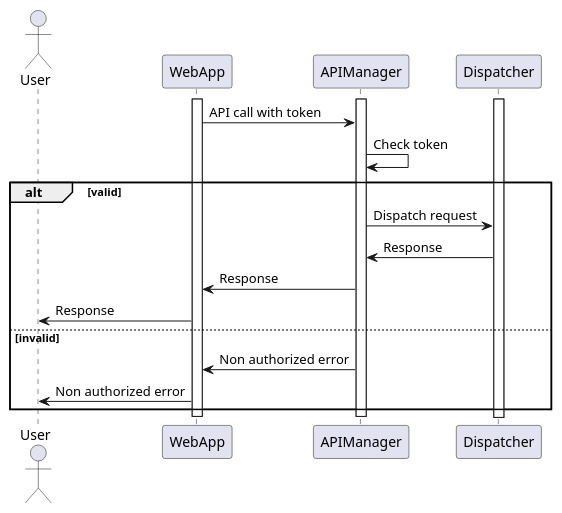
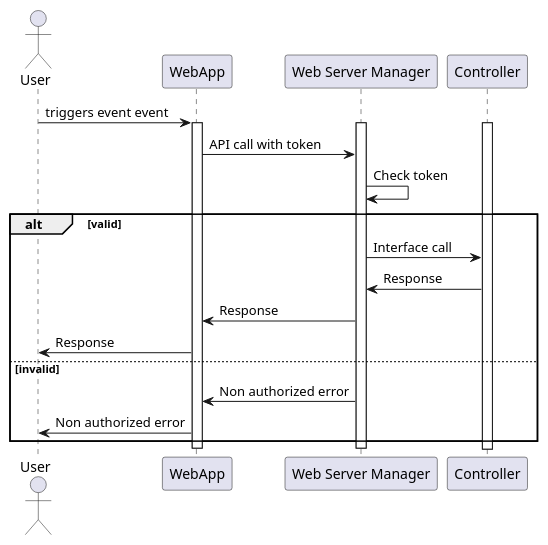
One commit to Angelo7672/SE2_Requirement-and-Design-Document changed the diagram in _DD/Images/sequenceDiagrams/apiCallAuthorizationCheckSequenceDiagram.wsd. Above: the diagram before and after it, drawn with PlantUML. The commit also changed 2 other files, not shown here.

```diff
--- a/_DD/Images/sequenceDiagrams/apiCallAuthorizationCheckSequenceDiagram.wsd
+++ b/_DD/Images/sequenceDiagrams/apiCallAuthorizationCheckSequenceDiagram.wsd
@@ -1,25 +1,26 @@
 @startuml
 
 actor User as U
 participant WebApp as WA 
-participant APIManager as AM
-participant Dispatcher as D
+participant "Web Server Manager" as AM
+participant Controller as D
 
+U -> WA: triggers event event
 activate D
 activate AM
 activate WA
 WA -> AM : API call with token
 AM -> AM : Check token
 alt valid
-    AM -> D : Dispatch request
+    AM -> D : Interface call
     D -> AM : Response
     AM -> WA : Response
     WA -> U : Response
 else invalid
     AM -> WA : Non authorized error
     WA -> U : Non authorized error
 end
 deactivate WA
 deactivate AM
 
 @enduml
```
